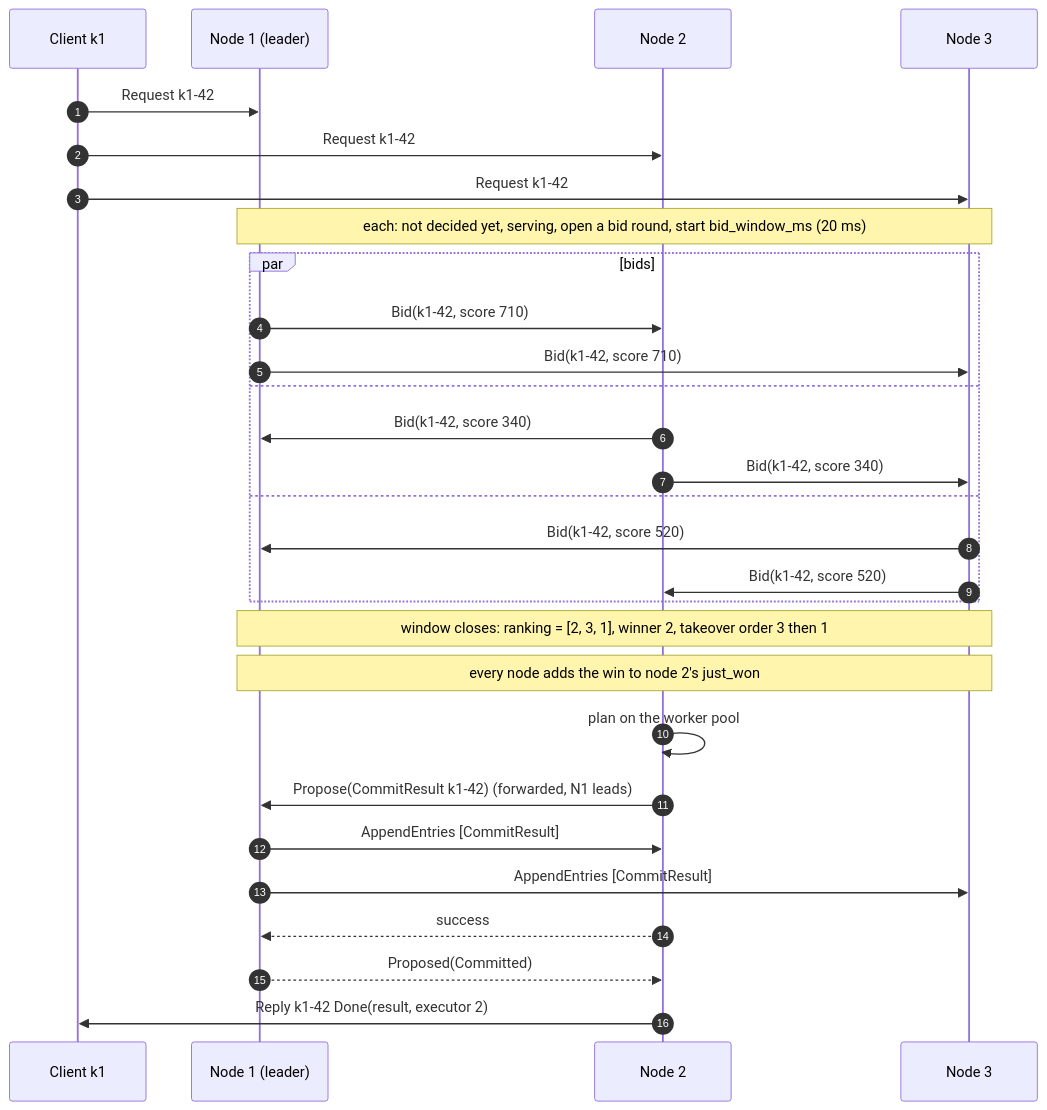
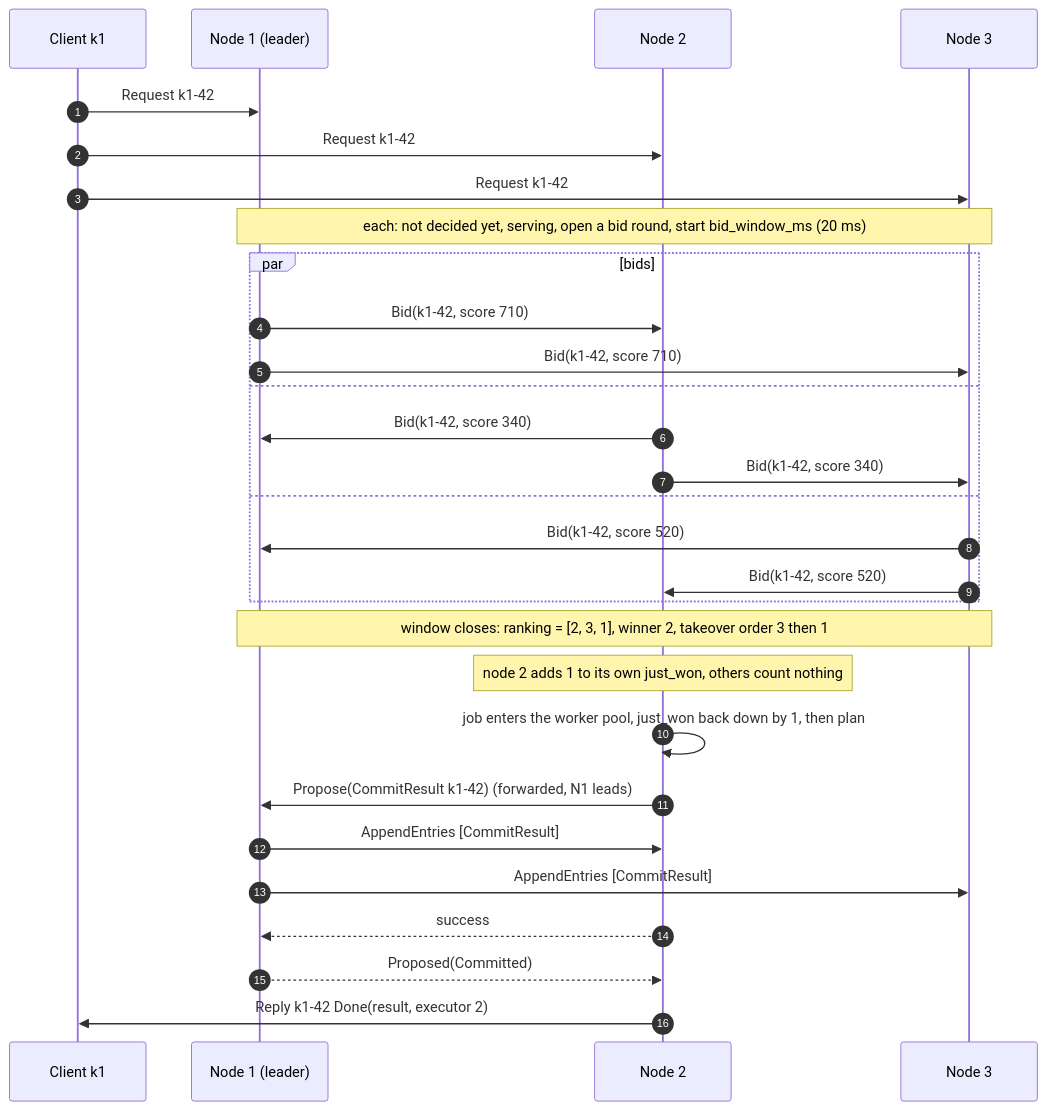
Diagram 12 of 26 in docs/architecture.md (noortaytoy1/DistributedSystems), drawn with Mermaid before and after one commit. The commit also changed other lines of this file and 1 other file, not shown here.

````diff
--- a/docs/architecture.md
+++ b/docs/architecture.md
@@ -482,31 +485,31 @@
 ```mermaid
 sequenceDiagram
     autonumber
     participant K as Client k1
     participant N1 as Node 1 (leader)
     participant N2 as Node 2
     participant N3 as Node 3
     K->>N1: Request k1-42
     K->>N2: Request k1-42
     K->>N3: Request k1-42
     Note over N1,N3: each: not decided yet, serving, open a bid round, start bid_window_ms (20 ms)
     par bids
         N1->>N2: Bid(k1-42, score 710)
         N1->>N3: Bid(k1-42, score 710)
     and
         N2->>N1: Bid(k1-42, score 340)
         N2->>N3: Bid(k1-42, score 340)
     and
         N3->>N1: Bid(k1-42, score 520)
         N3->>N2: Bid(k1-42, score 520)
     end
     Note over N1,N3: window closes: ranking = [2, 3, 1], winner 2, takeover order 3 then 1
-    Note over N1,N3: every node adds the win to node 2's just_won
-    N2->>N2: plan on the worker pool
+    Note over N2: node 2 adds 1 to its own just_won, others count nothing
+    N2->>N2: job enters the worker pool, just_won back down by 1, then plan
     N2->>N1: Propose(CommitResult k1-42) (forwarded, N1 leads)
     N1->>N2: AppendEntries [CommitResult]
     N1->>N3: AppendEntries [CommitResult]
     N2-->>N1: success
     N1-->>N2: Proposed(Committed)
     N2->>K: Reply k1-42 Done(result, executor 2)
 ```
````
